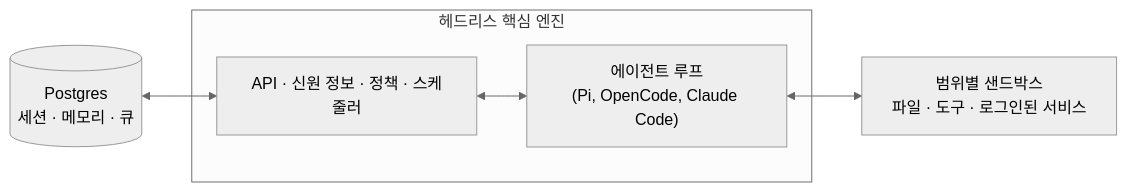
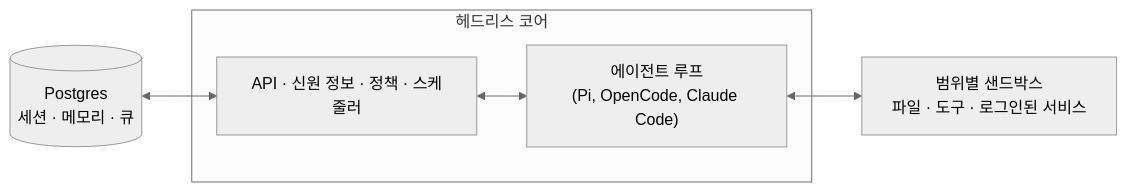
The diagram in README_ko.md (SkyWuu/qm), drawn with Mermaid (neutral theme) before and after one commit. The commit also changed other lines of this file and 3 other files, not shown here.

````diff
--- a/README_ko.md
+++ b/README_ko.md
@@ -38,15 +35,15 @@
 ```mermaid
 flowchart LR
   DB[("Postgres<br/>세션 · 메모리 · 큐")]
 
-  subgraph CORE["헤드리스 핵심 엔진"]
+  subgraph CORE["헤드리스 코어"]
     API["API · 신원 정보 · 정책 · 스케줄러"]
     LOOP["에이전트 루프<br/>(Pi, OpenCode, Claude Code)"]
     API <--> LOOP
   end
 
   SBX["범위별 샌드박스<br/>파일 · 도구 · 로그인된 서비스"]
 
   DB <--> API
   LOOP <--> SBX
 ```
````
